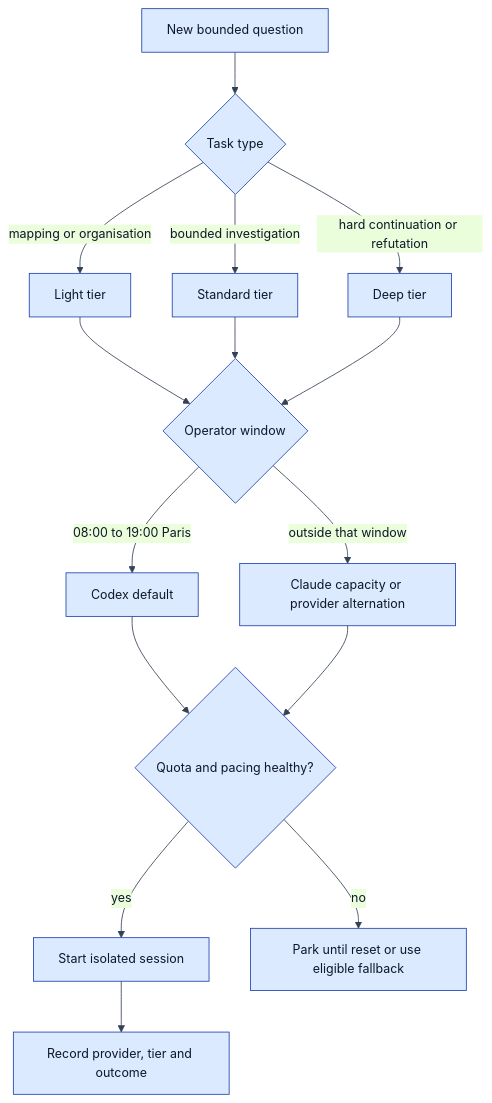
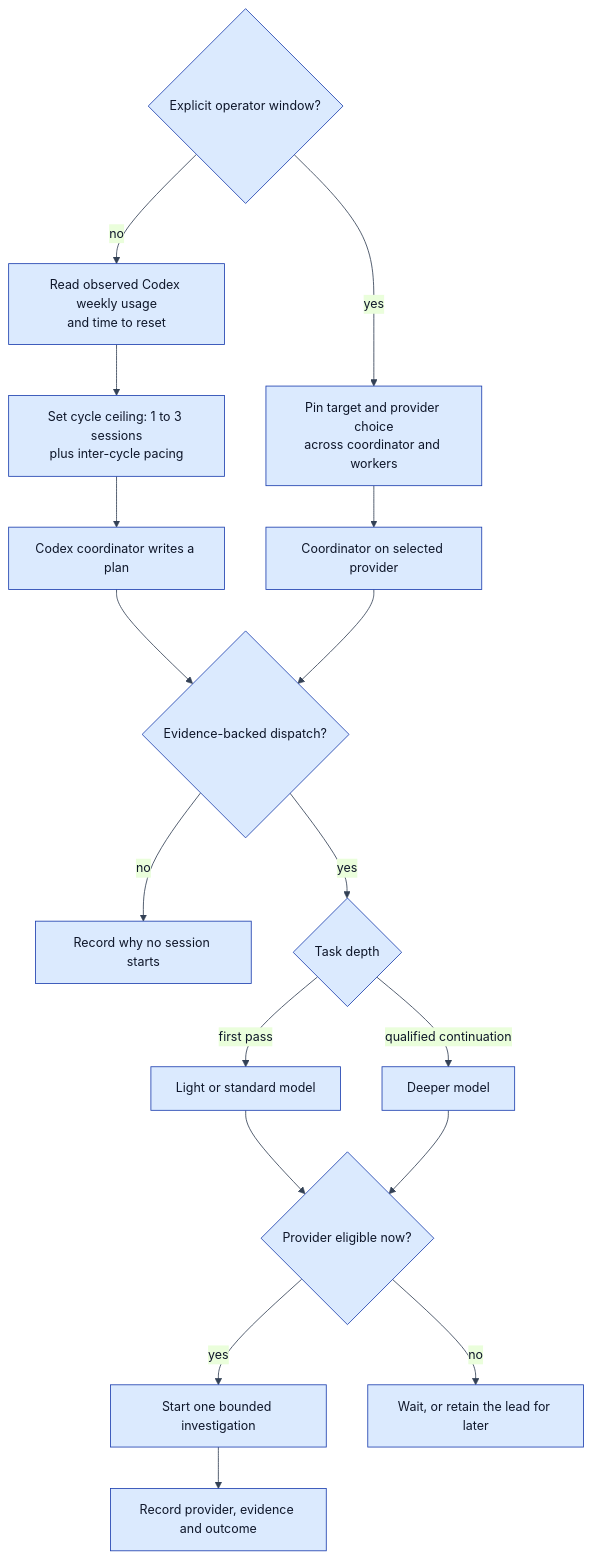
The first of 9 diagrams in content/posts/operating-a-semi-autonomous-security-research-pipeline/index.md (felixbillieres/felixbillieres.github.io), drawn with Mermaid before and after one commit. The commit also changed other lines of this file, not shown here.

Commit message:
Update security research pipeline architecture article

```diff
--- a/content/posts/operating-a-semi-autonomous-security-research-pipeline/index.md
+++ b/content/posts/operating-a-semi-autonomous-security-research-pipeline/index.md
@@ -67,18 +69,21 @@
 {{< mermaid >}}
 %%{init: {'theme':'base','themeVariables':{'background':'#ffffff','fontSize':'15px','primaryColor':'#dbeafe','primaryTextColor':'#0f172a','primaryBorderColor':'#1e40af','lineColor':'#334155','textColor':'#0f172a'}}}%%
 flowchart TD
-    Q[New bounded question] --> T{Task type}
-    T -->|mapping or organisation| L[Light tier]
-    T -->|bounded investigation| S[Standard tier]
-    T -->|hard continuation or refutation| D[Deep tier]
-    L --> W{Operator window}
-    S --> W
-    D --> W
-    W -->|08:00 to 19:00 Paris| C[Codex default]
-    W -->|outside that window| A[Claude capacity or provider alternation]
-    C --> K{Quota and pacing healthy?}
-    A --> K
-    K -->|yes| R[Start isolated session]
-    K -->|no| P[Park until reset or use eligible fallback]
-    R --> O[Record provider, tier and outcome]
+    O{Explicit operator window?}
+    O -->|yes| M[Pin target and provider choice<br/>across coordinator and workers]
+    O -->|no| Q[Read observed Codex weekly usage<br/>and time to reset]
+    Q --> C[Set cycle ceiling: 1 to 3 sessions<br/>plus inter-cycle pacing]
+    C --> P[Codex coordinator writes a plan]
+    M --> P2[Coordinator on selected provider]
+    P --> D{Evidence-backed dispatch?}
+    P2 --> D
+    D -->|no| N[Record why no session starts]
+    D -->|yes| T{Task depth}
+    T -->|first pass| L[Light or standard model]
+    T -->|qualified continuation| H[Deeper model]
+    L --> R{Provider eligible now?}
+    H --> R
+    R -->|yes| S[Start one bounded investigation]
+    R -->|no| W[Wait, or retain the lead for later]
+    S --> E[Record provider, evidence and outcome]
 {{< /mermaid >}}
```
